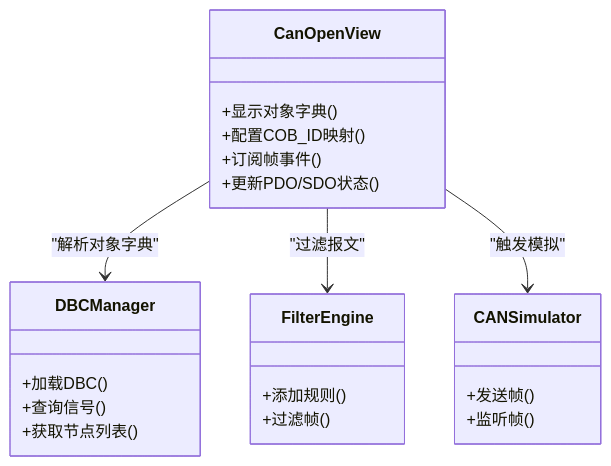
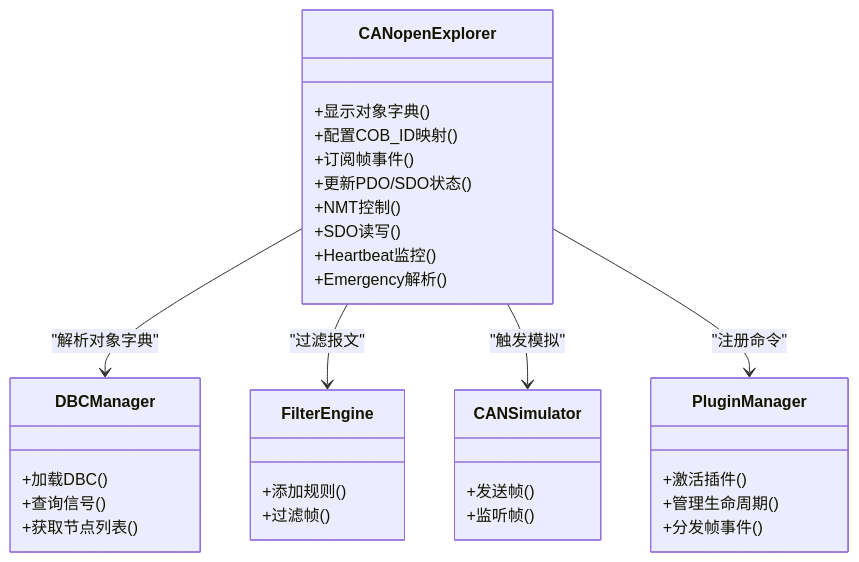
The third of 7 diagrams in .qoder/repowiki/zh/content/核心模块详解/CAN Open协议支持.md (jakecai1225-design/OpenBus), drawn with Mermaid before and after one commit. The commit also changed other lines of this file and 57 other files, not shown here.

````diff
--- a/.qoder/repowiki/zh/content/核心模块详解/CAN Open协议支持.md
+++ b/.qoder/repowiki/zh/content/核心模块详解/CAN Open协议支持.md
@@ -195,25 +208,35 @@
 ```mermaid
 classDiagram
-class CanOpenView {
+class CANopenExplorer {
 +显示对象字典()
 +配置COB_ID映射()
 +订阅帧事件()
 +更新PDO/SDO状态()
++NMT控制()
++SDO读写()
++Heartbeat监控()
++Emergency解析()
 }
 class DBCManager {
 +加载DBC()
 +查询信号()
 +获取节点列表()
 }
 class FilterEngine {
 +添加规则()
 +过滤帧()
 }
 class CANSimulator {
 +发送帧()
 +监听帧()
 }
-CanOpenView --> DBCManager : "解析对象字典"
-CanOpenView --> FilterEngine : "过滤报文"
-CanOpenView --> CANSimulator : "触发模拟"
+class PluginManager {
++激活插件()
++管理生命周期()
++分发帧事件()
+}
+CANopenExplorer --> DBCManager : "解析对象字典"
+CANopenExplorer --> FilterEngine : "过滤报文"
+CANopenExplorer --> CANSimulator : "触发模拟"
+CANopenExplorer --> PluginManager : "注册命令"
 ```
````
